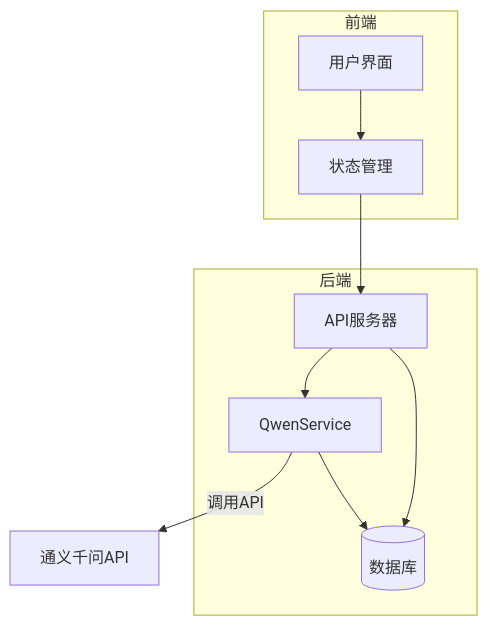
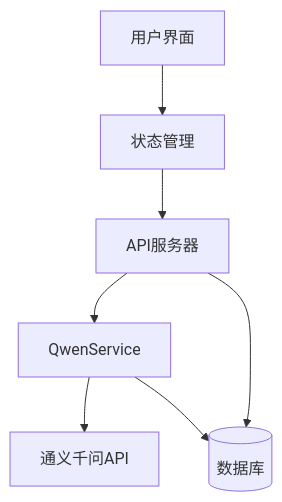
One commit to xingranya/CervixDetectAI changed the eighth of 8 diagrams in wiki/后端架构/业务逻辑层/AI分析服务.md. Above: the diagram before and after it, drawn with Mermaid. The commit also changed 35 other files, not shown here.

First line of the commit message:
docs(readme): 优化并统一项目文档中的流程图与说明

````diff
--- a/wiki/后端架构/业务逻辑层/AI分析服务.md
+++ b/wiki/后端架构/业务逻辑层/AI分析服务.md
@@ -474,18 +474,9 @@
 ```mermaid
-graph TB
-subgraph "前端"
-UI[用户界面]
-Store[状态管理]
-end
-subgraph "后端"
-API[API服务器]
-Qwen[QwenService]
-DB[(数据库)]
-end
-UI --> Store
-Store --> API
-API --> Qwen
-Qwen --> |调用API| QwenAPI[通义千问API]
-Qwen --> DB
+flowchart TB
+UI[用户界面] --> Store[状态管理]
+Store --> API[API服务器]
+API --> Qwen[QwenService]
+Qwen --> QwenAPI[通义千问API]
+Qwen --> DB[(数据库)]
 API --> DB
 ```
````
